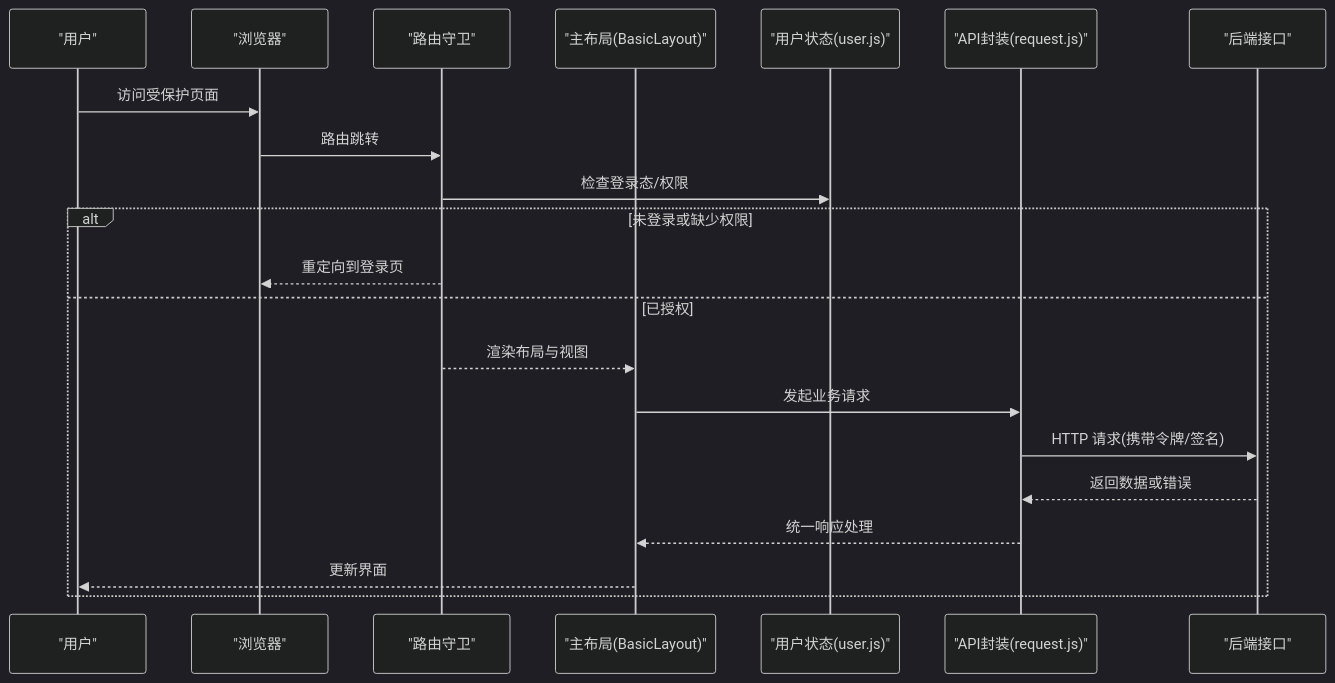
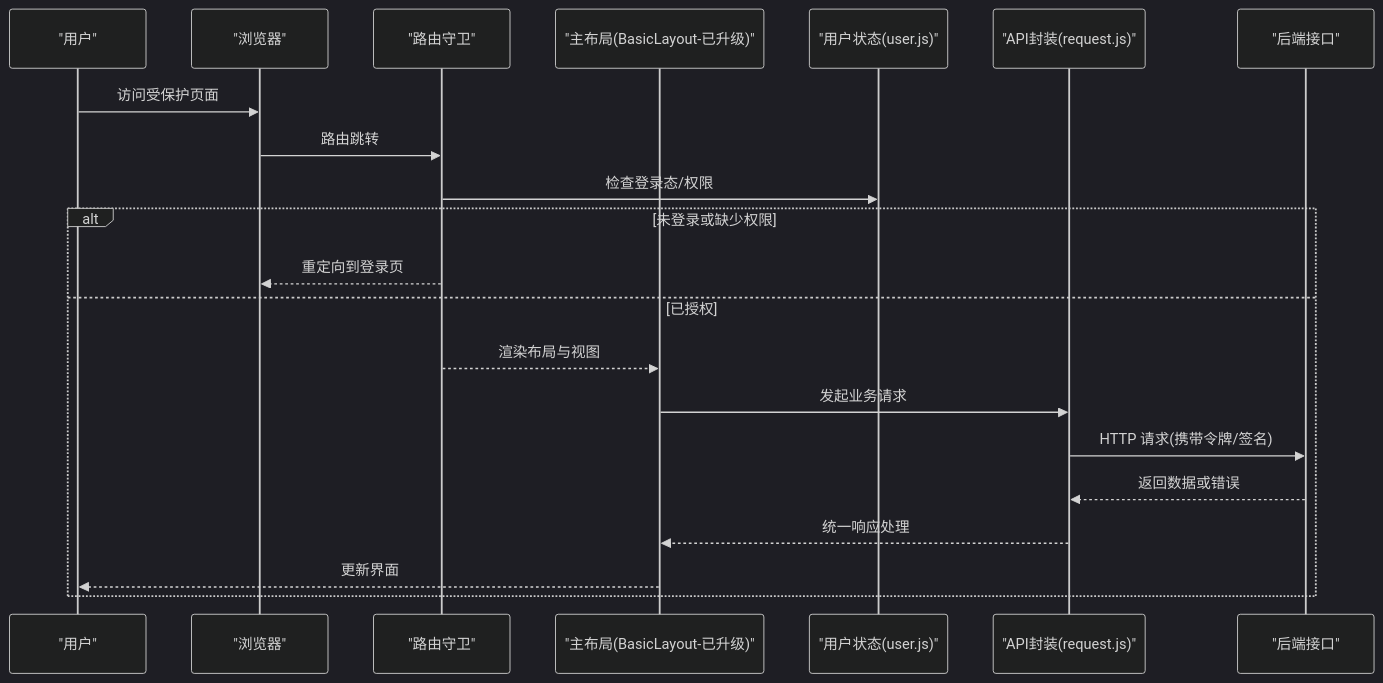
The second of 7 diagrams in .qoder/repowiki/zh/content/用户界面设计/管理后台架构.md (liming-lihaini/workflow), drawn with Mermaid (dark theme) before and after one commit. The commit also changed other lines of this file and 9 other files, not shown here.

````diff
--- a/.qoder/repowiki/zh/content/用户界面设计/管理后台架构.md
+++ b/.qoder/repowiki/zh/content/用户界面设计/管理后台架构.md
@@ -121,23 +122,23 @@
 ```mermaid
 sequenceDiagram
 participant U as "用户"
 participant B as "浏览器"
 participant R as "路由守卫"
-participant L as "主布局(BasicLayout)"
+participant L as "主布局(BasicLayout-已升级)"
 participant S as "用户状态(user.js)"
 participant A as "API封装(request.js)"
 participant API as "后端接口"
 U->>B : 访问受保护页面
 B->>R : 路由跳转
 R->>S : 检查登录态/权限
 alt 未登录或缺少权限
 R-->>B : 重定向到登录页
 else 已授权
 R-->>L : 渲染布局与视图
 L->>A : 发起业务请求
 A->>API : HTTP 请求(携带令牌/签名)
 API-->>A : 返回数据或错误
 A-->>L : 统一响应处理
 L-->>U : 更新界面
 end
 ```
````
